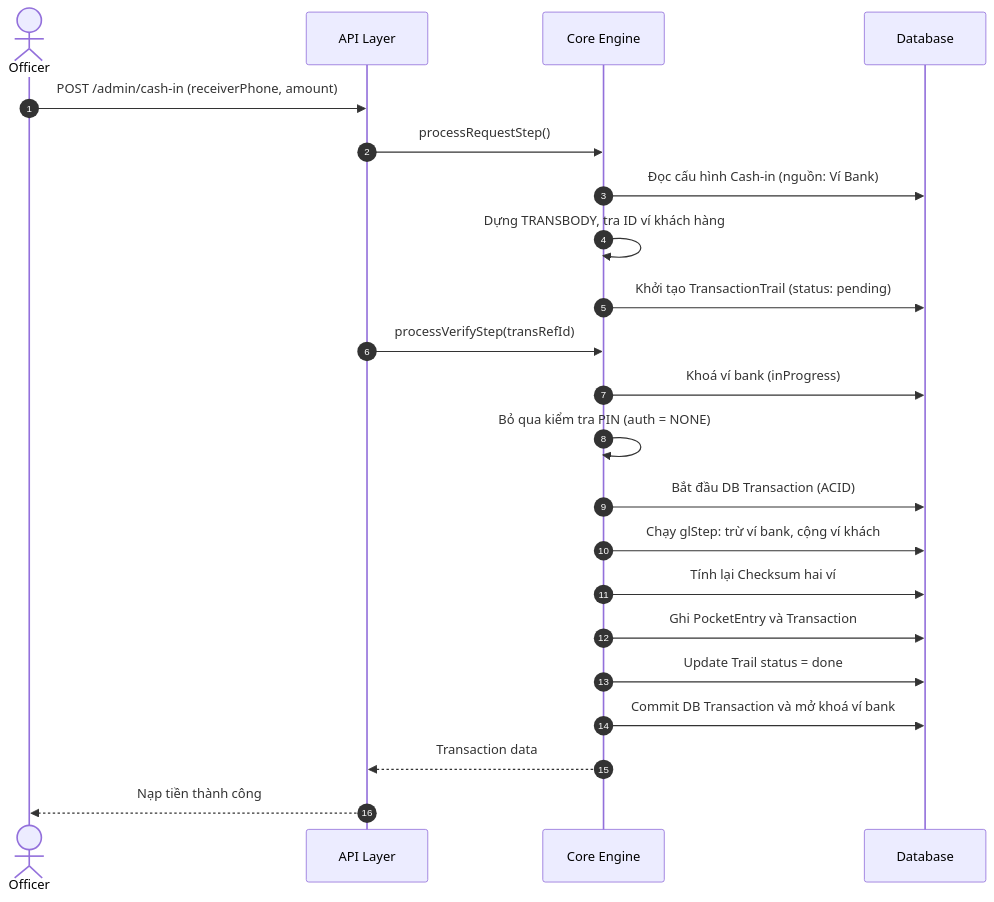
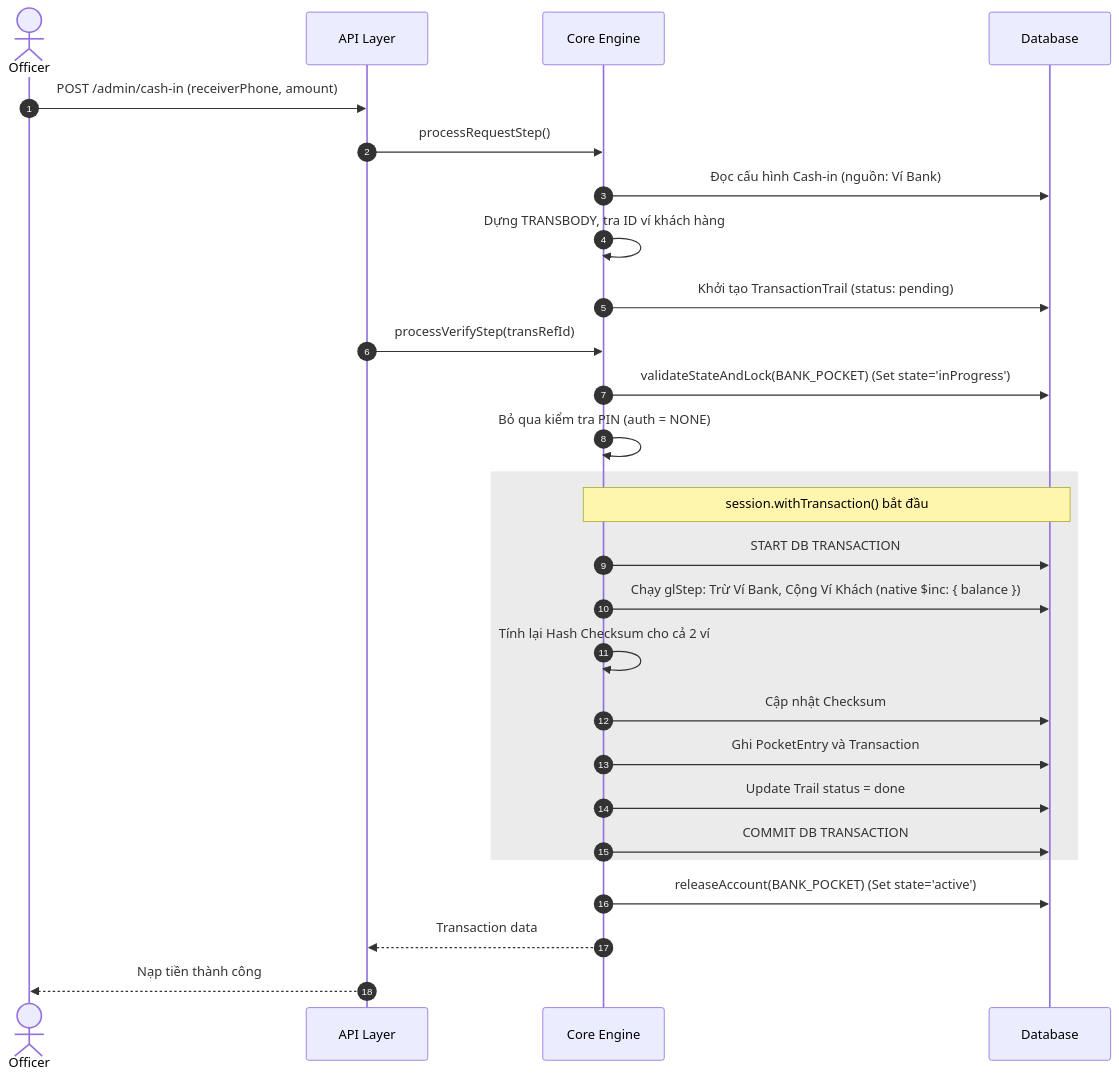
Before and after one commit to DLdevcoder/MINI-WALLET: the second of 3 diagrams in docs/Sequence diagram/Sequence.md, drawn with Mermaid. The commit also changed other lines of this file, not shown here.

Commit message:
docs: add detail in verify on sequence

````diff
--- a/docs/Sequence diagram/Sequence.md
+++ b/docs/Sequence diagram/Sequence.md
@@ -76,29 +87,36 @@
 ```mermaid
 sequenceDiagram
     autonumber
     actor O as Officer
     participant A as API Layer
     participant E as Core Engine
     participant D as Database
 
     O->>A: POST /admin/cash-in (receiverPhone, amount)
 
     %% REQUEST
     A->>E: processRequestStep()
     E->>D: Đọc cấu hình Cash-in (nguồn: Ví Bank)
     E->>E: Dựng TRANSBODY, tra ID ví khách hàng
     E->>D: Khởi tạo TransactionTrail (status: pending)
 
     %% VERIFY (BỎ QUA CONFIRM)
     A->>E: processVerifyStep(transRefId)
-    E->>D: Khoá ví bank (inProgress)
+    E->>D: validateStateAndLock(BANK_POCKET) (Set state='inProgress')
     E->>E: Bỏ qua kiểm tra PIN (auth = NONE)
-    E->>D: Bắt đầu DB Transaction (ACID)
-    E->>D: Chạy glStep: trừ ví bank, cộng ví khách
-    E->>D: Tính lại Checksum hai ví
-    E->>D: Ghi PocketEntry và Transaction
-    E->>D: Update Trail status = done
-    E->>D: Commit DB Transaction và mở khoá ví bank
+
+    rect rgba(120, 120, 120, 0.15)
+        Note over E,D: session.withTransaction() bắt đầu
+        E->>D: START DB TRANSACTION
+        E->>D: Chạy glStep: Trừ Ví Bank, Cộng Ví Khách (native $inc: { balance })
+        E->>E: Tính lại Hash Checksum cho cả 2 ví
+        E->>D: Cập nhật Checksum
+        E->>D: Ghi PocketEntry và Transaction
+        E->>D: Update Trail status = done
+        E->>D: COMMIT DB TRANSACTION
+    end
+
+    E->>D: releaseAccount(BANK_POCKET) (Set state='active')
     E-->>A: Transaction data
     A-->>O: Nạp tiền thành công
 ```
````
